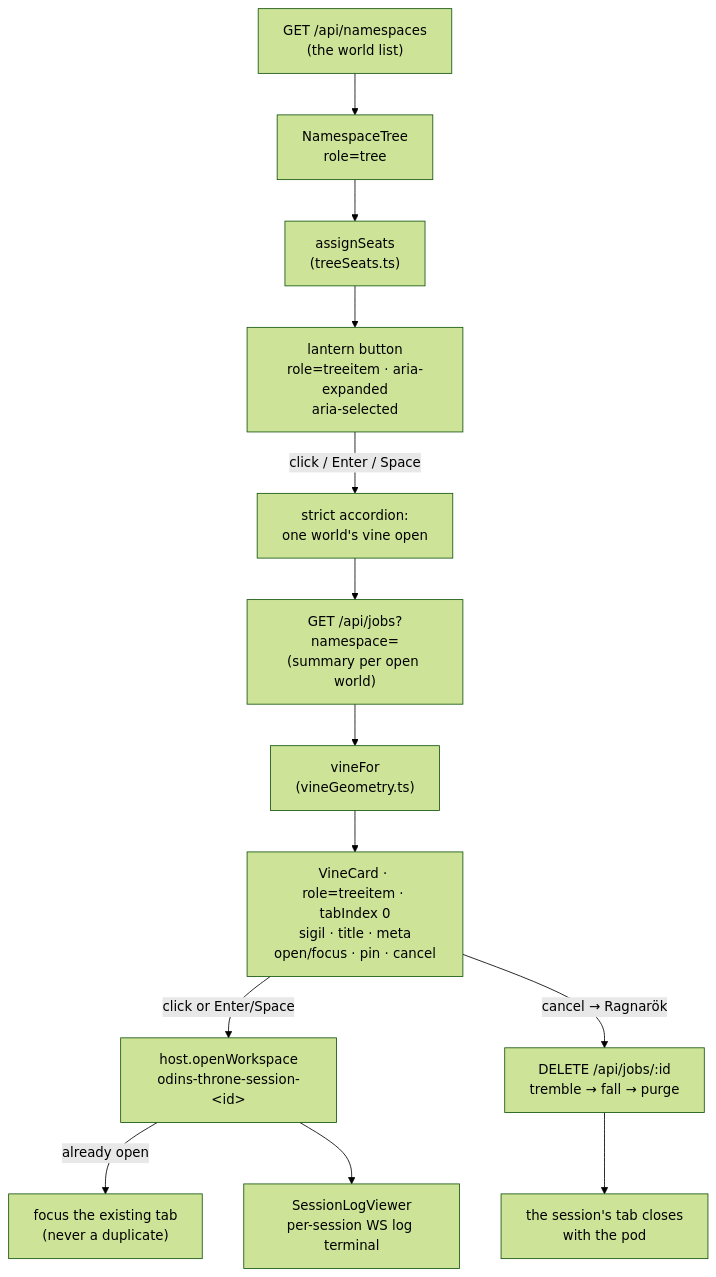
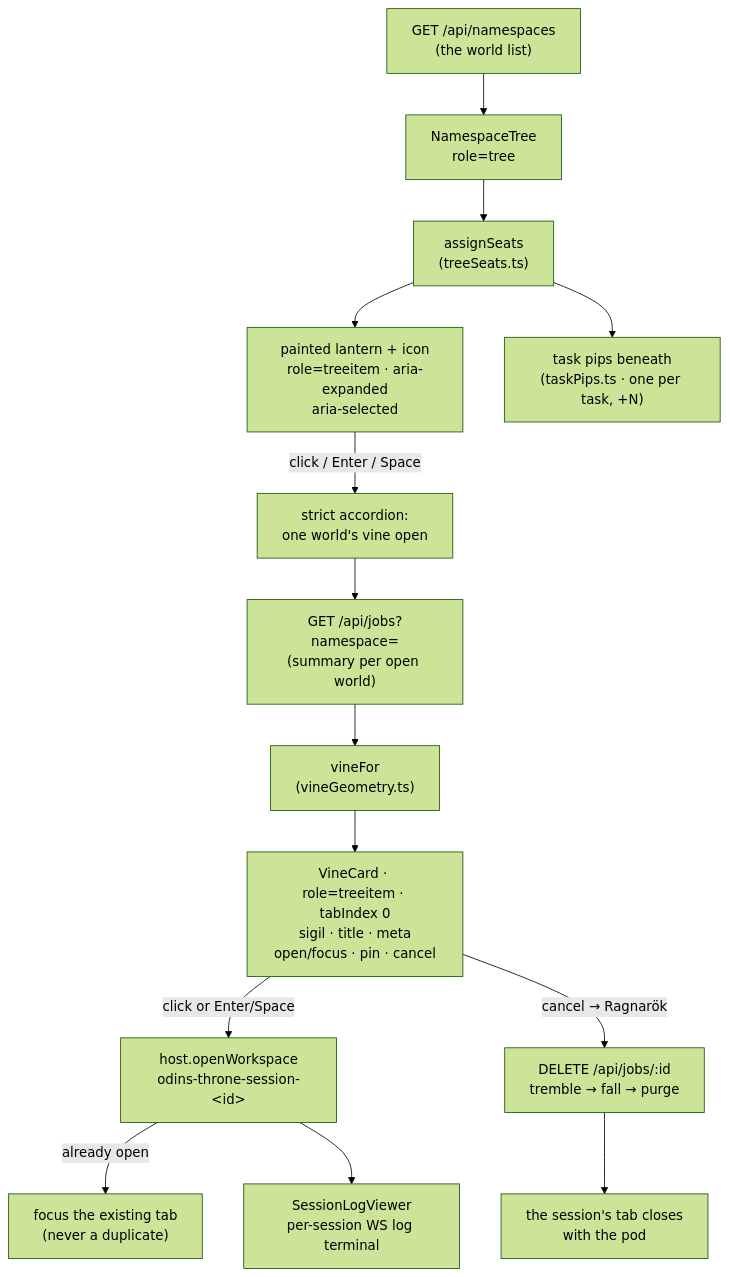
The diagram in knowledge/tech-designs/tree-display.md (declanshanaghy/odins-throne-hermes), drawn with Mermaid (forest theme) before and after one commit. The commit also changed other lines of this file and 3 other files, not shown here.

Commit message:
wip: tree-display docs + README for painted-lantern seats and task pips, pip fallback smoke — issue:39

````diff
--- a/knowledge/tech-designs/tree-display.md
+++ b/knowledge/tech-designs/tree-display.md
@@ -18,15 +35,16 @@
 ```mermaid
 flowchart TD
     API["GET /api/namespaces<br/>(the world list)"] --> TREE["NamespaceTree<br/>role=tree"]
     TREE --> SEAT["assignSeats<br/>(treeSeats.ts)"]
-    SEAT --> LANT["lantern button<br/>role=treeitem · aria-expanded<br/>aria-selected"]
+    SEAT --> LANT["painted lantern + icon<br/>role=treeitem · aria-expanded<br/>aria-selected"]
+    SEAT --> PIPS["task pips beneath<br/>(taskPips.ts · one per task, +N)"]
     LANT -->|"click / Enter / Space"| ACC["strict accordion:<br/>one world's vine open"]
     ACC --> SUM["GET /api/jobs?namespace=<br/>(summary per open world)"]
     SUM --> VINE["vineFor<br/>(vineGeometry.ts)"]
     VINE --> CARD["VineCard · role=treeitem · tabIndex 0<br/>sigil · title · meta<br/>open/focus · pin · cancel"]
     CARD -->|"click or Enter/Space"| TAB["host.openWorkspace<br/>odins-throne-session-&lt;id&gt;"]
     TAB -->|"already open"| FOCUS["focus the existing tab<br/>(never a duplicate)"]
     TAB --> LOG["SessionLogViewer<br/>per-session WS log terminal"]
     CARD -->|"cancel → Ragnarök"| PURGE["DELETE /api/jobs/:id<br/>tremble → fall → purge"]
     PURGE --> CLOSE["the session's tab closes<br/>with the pod"]
 ```
````
